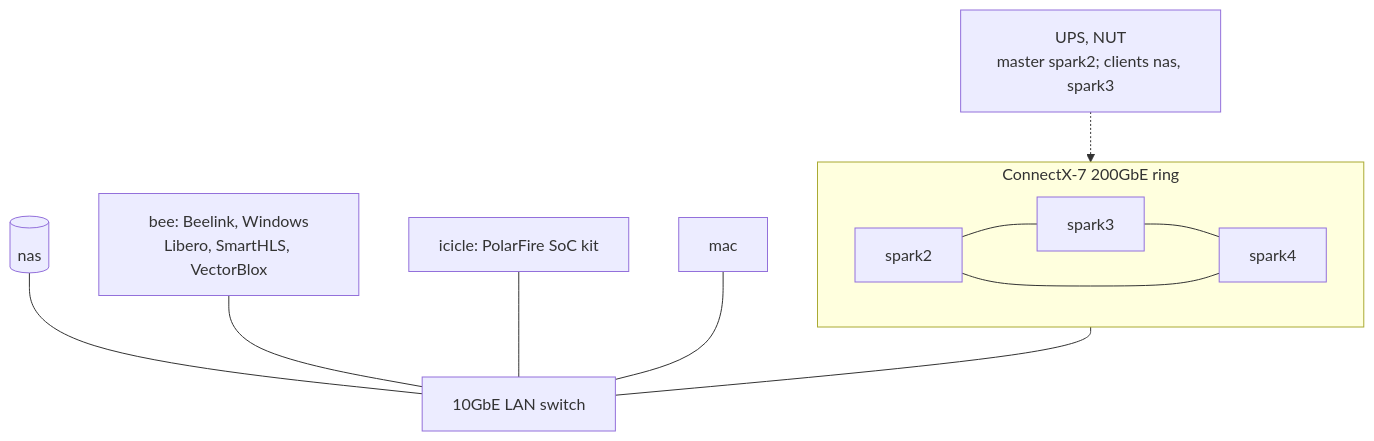
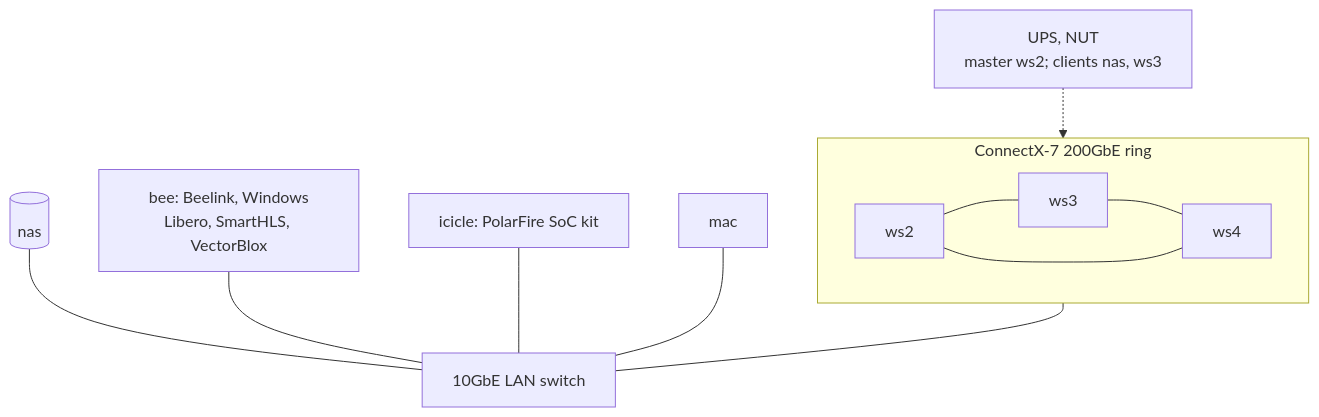
One commit to jasonphillip/tychon-quantum-sensing changed the first of 2 diagrams in docs/lab.md. Above: the diagram before and after it, drawn with Mermaid. The commit also changed other lines of this file and 89 other files, not shown here.

````diff
--- a/docs/lab.md
+++ b/docs/lab.md
@@ -23,14 +23,14 @@
 ```mermaid
 flowchart TB
   subgraph RING["ConnectX-7 200GbE ring"]
     direction LR
-    S2["spark2"] --- S3["spark3"] --- S4["spark4"] --- S2
+    S2["ws2"] --- S3["ws3"] --- S4["ws4"] --- S2
   end
   SW["10GbE LAN switch"]
   RING --- SW
   NAS[("nas")] --- SW
   BEE["bee: Beelink, Windows<br/>Libero, SmartHLS, VectorBlox"] --- SW
   ICI["icicle: PolarFire SoC kit"] --- SW
   MAC["mac"] --- SW
-  UPS["UPS, NUT<br/>master spark2; clients nas, spark3"] -.-> S2
+  UPS["UPS, NUT<br/>master ws2; clients nas, ws3"] -.-> S2
 ```
````
